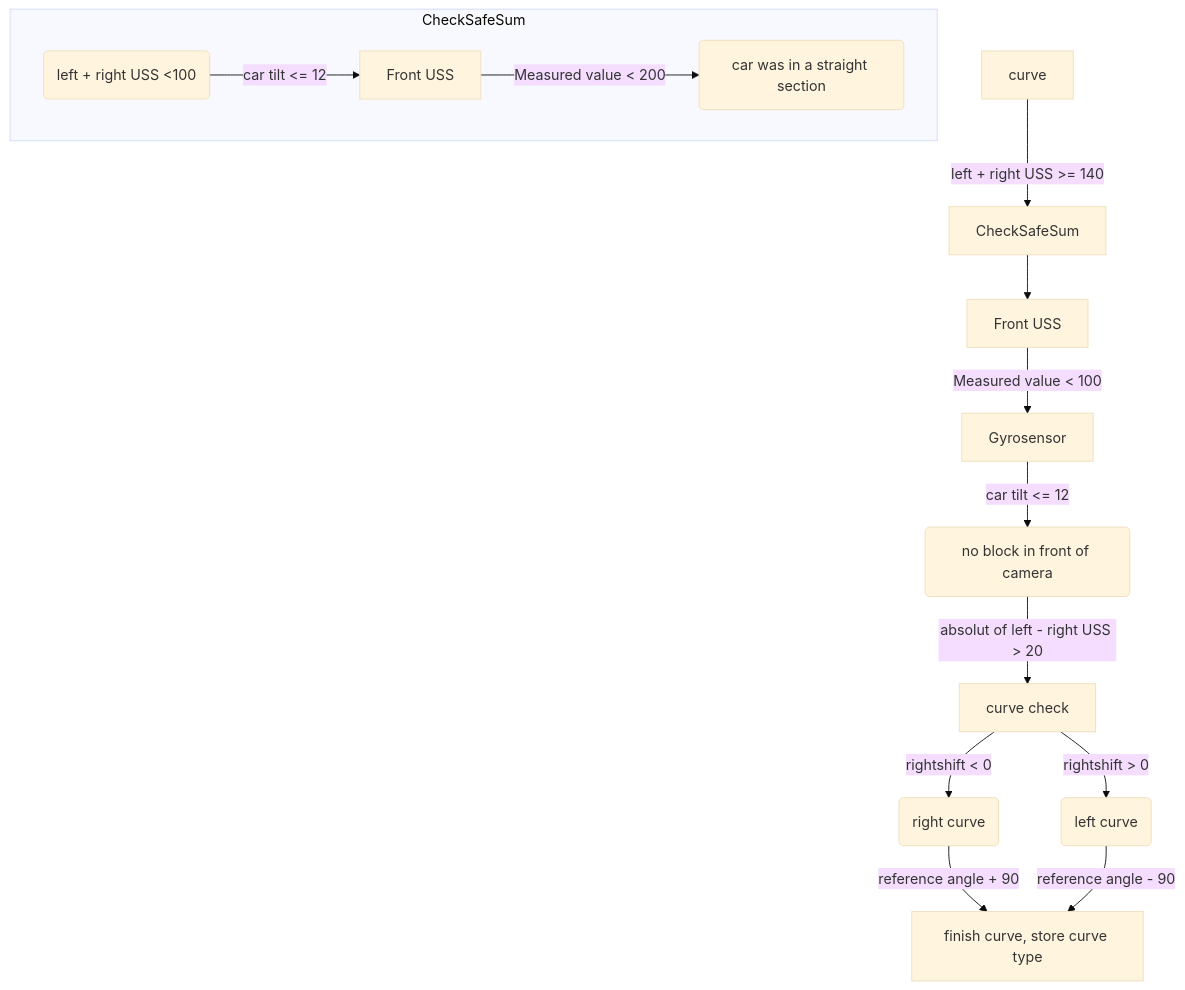
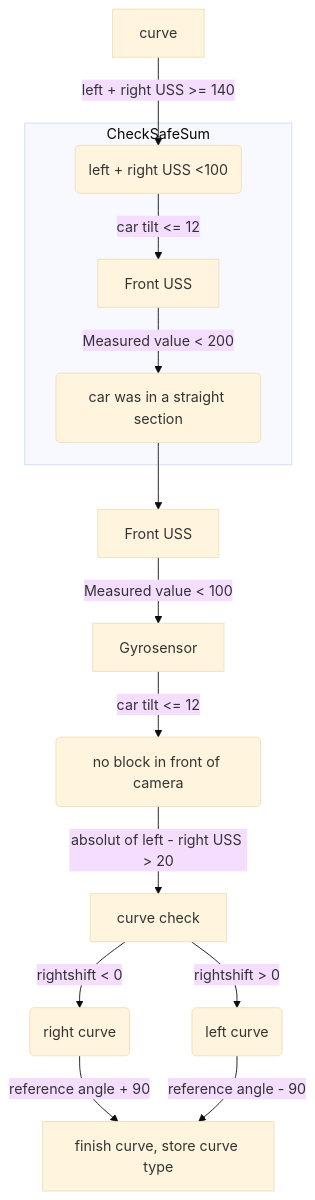
Before and after one commit to SchroedingersBit/PfortGTPanama: the second of 2 diagrams in programming/OpenChallenge/README.md, drawn with Mermaid (base theme).

````diff
--- a/programming/OpenChallenge/README.md
+++ b/programming/OpenChallenge/README.md
@@ -24,20 +24,20 @@
 ```mermaid
 flowchart TB;
 
-curve --> | left + right USS >= 140| CheckSafeSum;
+curve --> | left + right USS >= 140| D;
 
 subgraph  CheckSafeSum
 D(left + right USS <100) --> |car tilt <= 12| Front2[Front USS];
 Front2 --> |Measured value < 200| Straight(car was in a straight section);
 end
 
-CheckSafeSum --> F[Front USS];
+Straight --> F[Front USS];
 F--> |Measured value < 100| Gyrosensor;
 Gyrosensor --> |car tilt <= 12 | B(no block in front of camera);
 B --> |absolut of left - right USS > 20| C[curve check]
 C --> |rightshift < 0| R(right curve);
 R --> |reference angle + 90 |K[finish curve, store curve type];
 C --> |rightshift > 0| L(left curve);
 L --> |reference angle - 90 |K;
 
 ```
````
